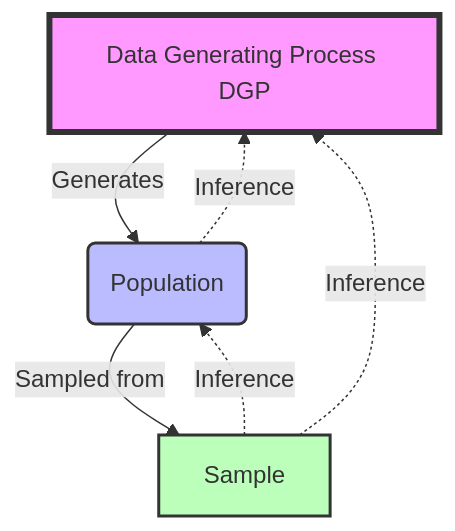
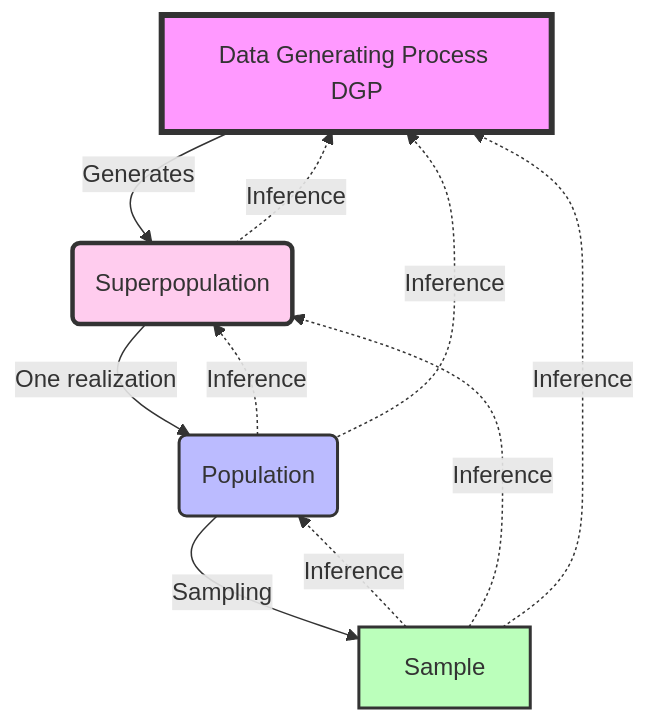
The diagram in chapter1.qmd (pierzgal/STAT101_PLEN), drawn with Mermaid before and after one commit. The commit also changed other lines of this file and 39 other files, not shown here.

````diff
--- a/chapter1.qmd
+++ b/chapter1.qmd
@@ -423,19 +663,26 @@
 ```{mermaid}
 graph TD
     A[Data Generating Process DGP]
+    S(Superpopulation)
     B(Population)
     C[Sample]
-    A -->|Generates| B
-    B -->|Sampled from| C
+    A -->|Generates| S
+    S -->|One realization| B
+    B -->|Sampling| C
     C -.->|Inference| B
+    C -.->|Inference| S
     C -.->|Inference| A
+    B -.->|Inference| S
     B -.->|Inference| A
+    S -.->|Inference| A
     
     classDef dgp fill:#f9f,stroke:#333,stroke-width:4px;
+    classDef superpop fill:#fce,stroke:#333,stroke-width:3px;
     classDef pop fill:#bbf,stroke:#333,stroke-width:2px;
     classDef sam fill:#bfb,stroke:#333,stroke-width:2px;
     
     class A dgp;
+    class S superpop;
     class B pop;
     class C sam;
 ```
````
